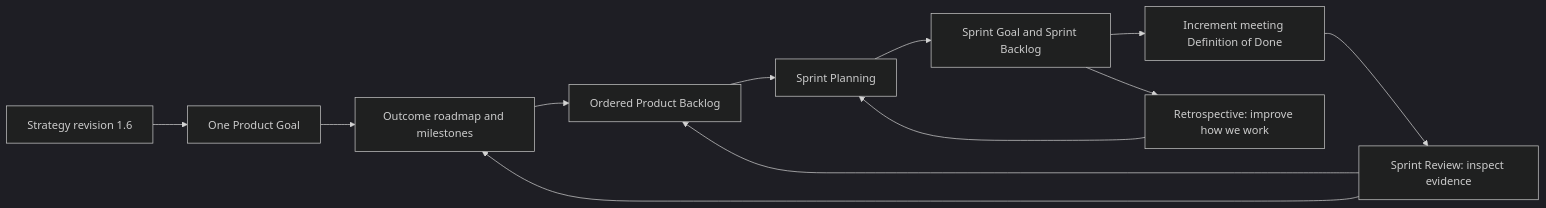
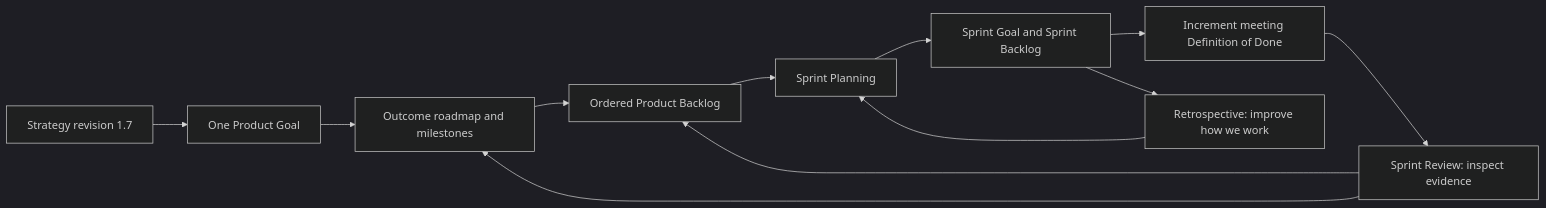
Before and after one commit to PyBLE-dev/PyBLE: the diagram in docs/developments/2026-q4-reliable-workflow/01_Overview_and_Scrum_Framework.md, drawn with Mermaid (dark theme). The commit also changed other lines of this file and 14 other files, not shown here.

````diff
--- a/docs/developments/2026-q4-reliable-workflow/01_Overview_and_Scrum_Framework.md
+++ b/docs/developments/2026-q4-reliable-workflow/01_Overview_and_Scrum_Framework.md
@@ -36,14 +36,14 @@
 ```mermaid
 flowchart LR
-    Strategy["Strategy revision 1.6"] --> Goal["One Product Goal"]
+    Strategy["Strategy revision 1.7"] --> Goal["One Product Goal"]
     Goal --> Roadmap["Outcome roadmap and milestones"]
     Roadmap --> Product["Ordered Product Backlog"]
     Product --> Planning["Sprint Planning"]
     Planning --> Sprint["Sprint Goal and Sprint Backlog"]
     Sprint --> Increment["Increment meeting Definition of Done"]
     Increment --> Review["Sprint Review: inspect evidence"]
     Review --> Product
     Review --> Roadmap
     Sprint --> Retro["Retrospective: improve how we work"]
     Retro --> Planning
 ```
````
